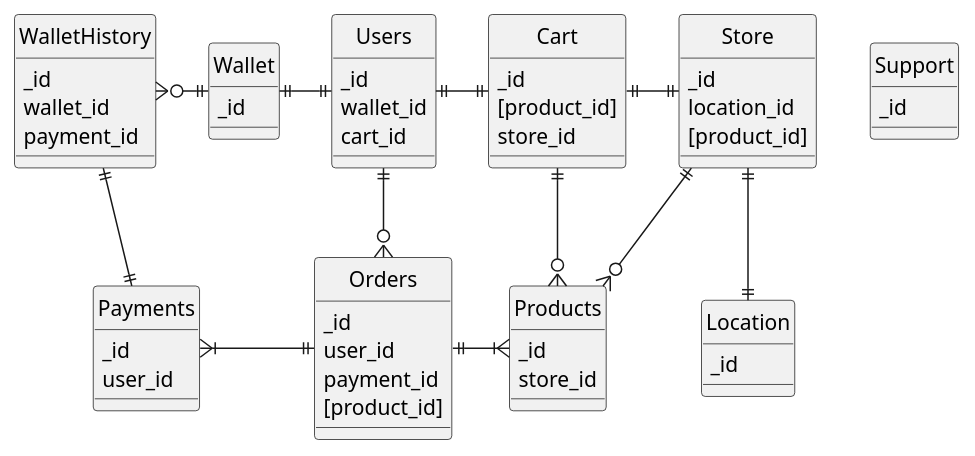
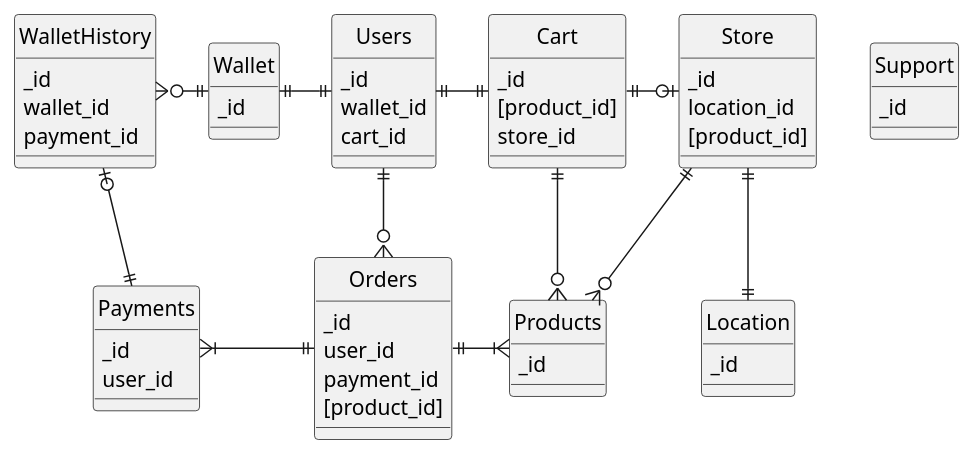
The diagram in docs/umlDiagram.md (DBMSS-team/Playground), drawn with PlantUML before and after one commit.

Commit message:
umlDiagram updated

````diff
--- a/docs/umlDiagram.md
+++ b/docs/umlDiagram.md
@@ -3,62 +3,61 @@
 ```plantuml
 @startuml
 hide circle
 
 entity Cart {
     _id
     [product_id]
     store_id
 }
 entity Location {
     _id
 }
 entity Orders {
     _id
     user_id
     payment_id
     [product_id]
 }
 entity Payments {
     _id
     user_id
 }
 entity Products {
     _id
-    store_id
 }
 entity Store {
     _id
     location_id
     [product_id]
 }
 entity Support {
     _id
 }
 entity Users {
     _id
     wallet_id
     cart_id
 }
 entity Wallet {
     _id
 }
 entity WalletHistory {
     _id
     wallet_id
     payment_id
 }
 
 Users ||-left-|| Wallet
 Users ||-right-|| Cart
 Users ||--o{ Orders
 Orders ||-right-|{ Products
 Orders ||-left-|{ Payments
 WalletHistory }o-right-|| Wallet
-WalletHistory ||--|| Payments
+WalletHistory |o--|| Payments
 Cart ||--o{ Products
-Cart ||-right-|| Store
+Cart ||-right-o| Store
 Store ||--|| Location
 Store ||--o{ Products
 
 @enduml
 ```
````
